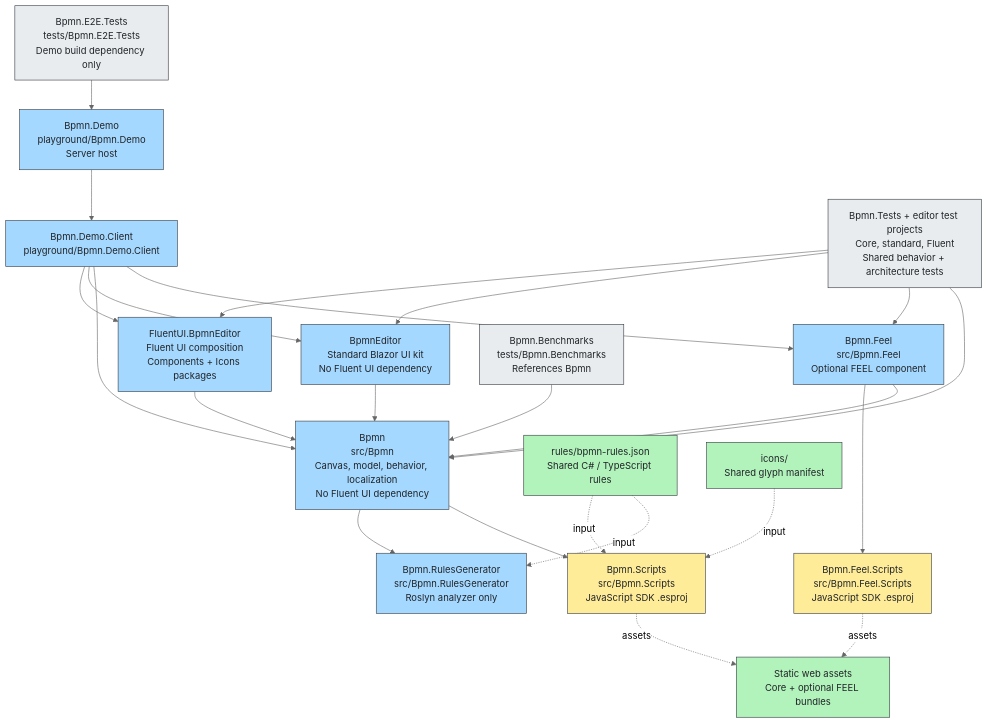
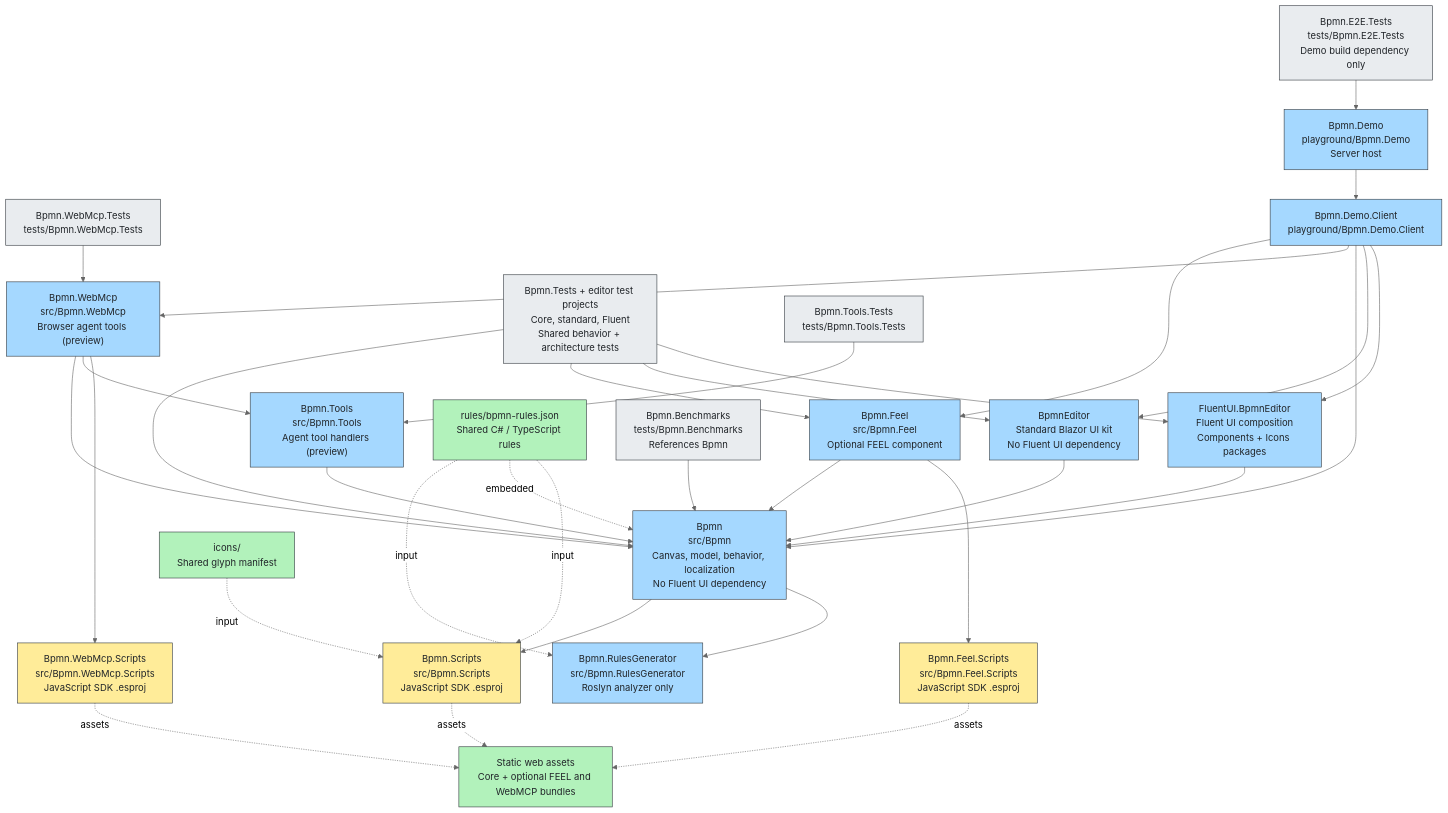
Before and after one commit to miguelhasse/BlazorBpmnEditor: the diagram in assets/diagrams/project-dependencies.mmd, drawn with Mermaid (neutral theme). The commit also changed 409 other files, not shown here.

```diff
--- a/assets/diagrams/project-dependencies.mmd
+++ b/assets/diagrams/project-dependencies.mmd
@@ -1,46 +1,61 @@
 %% Project dependencies
 %% Solid arrows: dependent → referenced project. Dashed arrows: shared input / produced assets.
 %% Bpmn references Scripts privately and RulesGenerator as Analyzer (ReferenceOutputAssembly=false).
+%% WebMcp references Bpmn + Tools + WebMcp.Scripts privately.
 %% Feel references Bpmn + Feel.Scripts privately. Icons manifest is embedded in Bpmn and imported by TypeScript.
 flowchart TB
     feel["Bpmn.Feel<br/>src/Bpmn.Feel<br/>Optional FEEL component"]:::cs
+    tools["Bpmn.Tools<br/>src/Bpmn.Tools<br/>Agent tool handlers (preview)"]:::cs
+    webmcp["Bpmn.WebMcp<br/>src/Bpmn.WebMcp<br/>Browser agent tools (preview)"]:::cs
+    wscripts["Bpmn.WebMcp.Scripts<br/>src/Bpmn.WebMcp.Scripts<br/>JavaScript SDK .esproj"]:::js
+    webmcptests["Bpmn.WebMcp.Tests<br/>tests/Bpmn.WebMcp.Tests"]:::test
     core["Bpmn<br/>src/Bpmn<br/>Canvas, model, behavior, localization<br/>No Fluent UI dependency"]:::cs
     standard["BpmnEditor<br/>Standard Blazor UI kit<br/>No Fluent UI dependency"]:::cs
     fluent["FluentUI.BpmnEditor<br/>Fluent UI composition<br/>Components + Icons packages"]:::cs
     scripts["Bpmn.Scripts<br/>src/Bpmn.Scripts<br/>JavaScript SDK .esproj"]:::js
-    assets["Static web assets<br/>Core + optional FEEL bundles"]:::data
+    assets["Static web assets<br/>Core + optional FEEL and WebMCP bundles"]:::data
     fscripts["Bpmn.Feel.Scripts<br/>src/Bpmn.Feel.Scripts<br/>JavaScript SDK .esproj"]:::js
     generator["Bpmn.RulesGenerator<br/>src/Bpmn.RulesGenerator<br/>Roslyn analyzer only"]:::cs
     rules["rules/bpmn-rules.json<br/>Shared C# / TypeScript rules"]:::data
     icons["icons/<br/>Shared glyph manifest"]:::data
     client["Bpmn.Demo.Client<br/>playground/Bpmn.Demo.Client"]:::cs
     demo["Bpmn.Demo<br/>playground/Bpmn.Demo<br/>Server host"]:::cs
     tests["Bpmn.Tests + editor test projects<br/>Core, standard, Fluent<br/>Shared behavior + architecture tests"]:::test
     bench["Bpmn.Benchmarks<br/>tests/Bpmn.Benchmarks<br/>References Bpmn"]:::test
     e2e["Bpmn.E2E.Tests<br/>tests/Bpmn.E2E.Tests<br/>Demo build dependency only"]:::test
+    toolstests["Bpmn.Tools.Tests<br/>tests/Bpmn.Tools.Tests"]:::test
     feel --> core
+    tools --> core
+    toolstests --> tools
+    webmcp --> core
+    webmcp --> tools
+    webmcp --> wscripts
+    webmcptests --> webmcp
+    wscripts -.->|"assets"| assets
     standard --> core
     fluent --> core
     core --> scripts
     feel --> fscripts
     scripts -.->|"assets"| assets
     fscripts -.->|"assets"| assets
     core --> generator
     rules -.->|"input"| generator
+    rules -.->|"embedded"| core
     rules -.->|"input"| scripts
     icons -.->|"input"| scripts
     client --> feel
+    client --> webmcp
     client --> core
     client --> standard
     client --> fluent
     demo --> client
     tests --> core
     tests --> feel
     tests --> standard
     tests --> fluent
     bench --> core
     e2e --> demo
     classDef cs fill:#a5d8ff,stroke:#343a40,color:#212529
     classDef js fill:#ffec99,stroke:#343a40,color:#212529
     classDef data fill:#b2f2bb,stroke:#343a40,color:#212529
     classDef test fill:#e9ecef,stroke:#343a40,color:#212529
```
